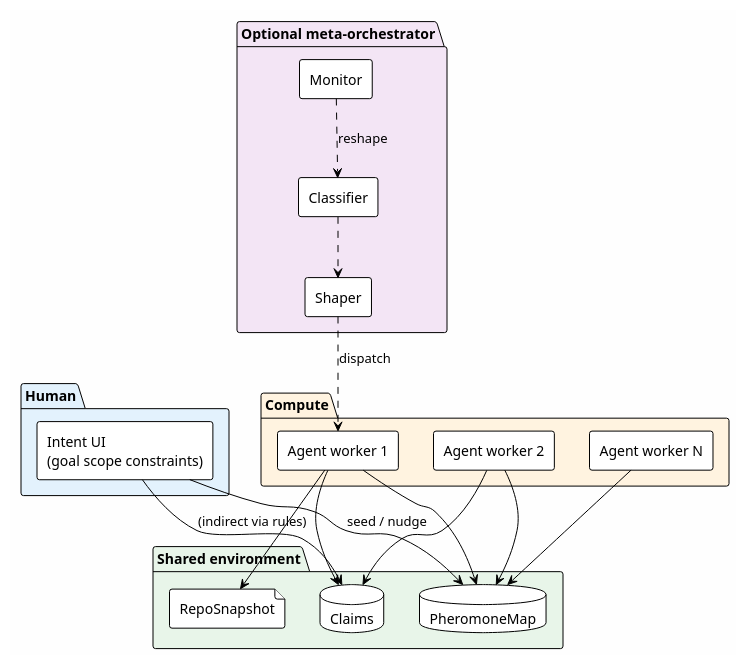
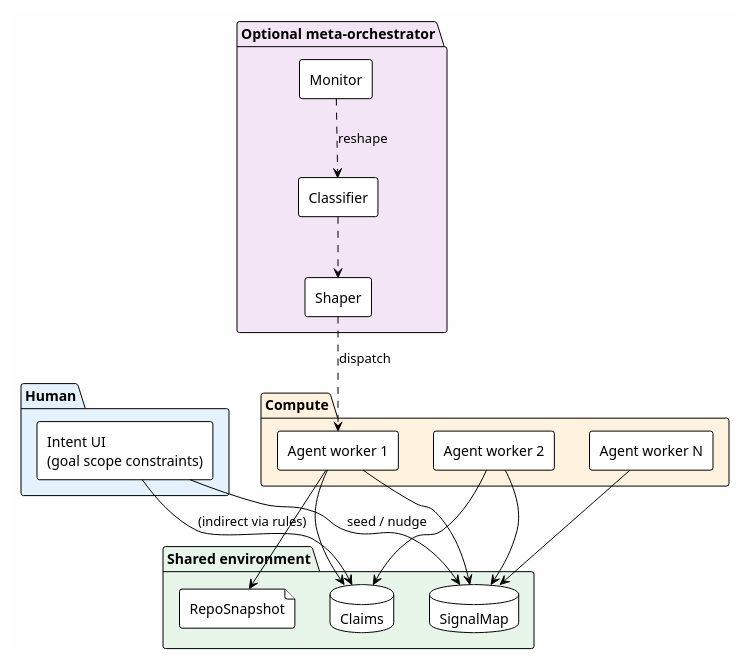
Before and after one commit to instagrim-dev/swarm-orchestration-spec: the ninth of 13 diagrams in annex-visualizations.md, drawn with PlantUML. The commit also changed other lines of this file, not shown here.

First line of the commit message:
docs: refresh annex-visualizations for v1.1 signal/zone vocabulary

````diff
--- a/annex-visualizations.md
+++ b/annex-visualizations.md
@@ -434,42 +434,42 @@
 ```plantuml
 @startuml swarm_components
 !theme plain
 skinparam componentStyle rectangle
 skinparam backgroundColor #FEFEFE
 skinparam defaultFontName Helvetica
 
 package "Human" #E3F2FD {
   [Intent UI\n(goal scope constraints)] as Intent
 }
 
 package "Shared environment" #E8F5E9 {
-  database "PheromoneMap" as PM
+  database "SignalMap" as PM
   database "Claims" as CL
   file "RepoSnapshot" as RS
 }
 
 package "Compute" #FFF3E0 {
   [Agent worker 1] as A1
   [Agent worker 2] as A2
   [Agent worker N] as AN
 }
 
 package "Optional meta-orchestrator" #F3E5F5 {
   [Classifier] as CF
   [Shaper] as SH
   [Monitor] as MO
 }
 
 Intent --> PM : seed / nudge
 Intent --> CL : (indirect via rules)
 A1 --> PM
 A2 --> PM
 AN --> PM
 A1 --> CL
 A2 --> CL
 A1 --> RS
 CF ..> SH
 SH ..> A1 : dispatch
 MO ..> CF : reshape
 @enduml
 ```
````
